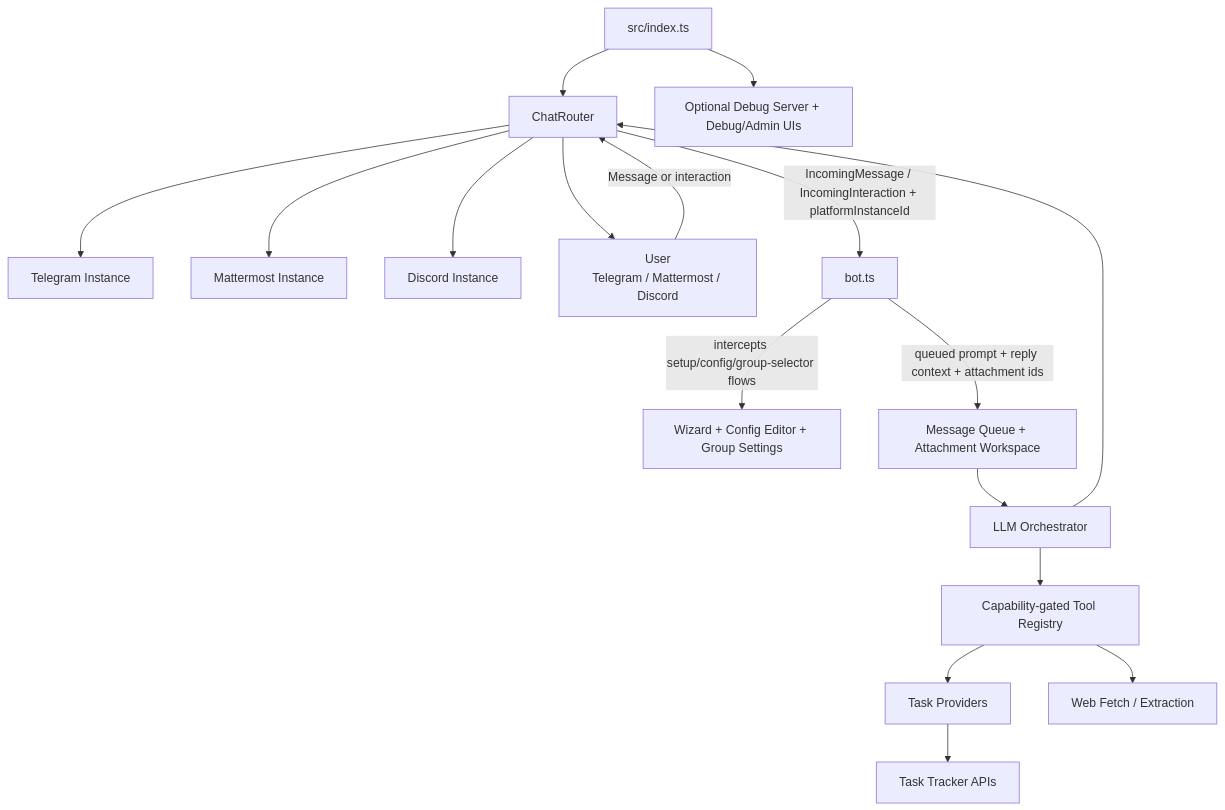
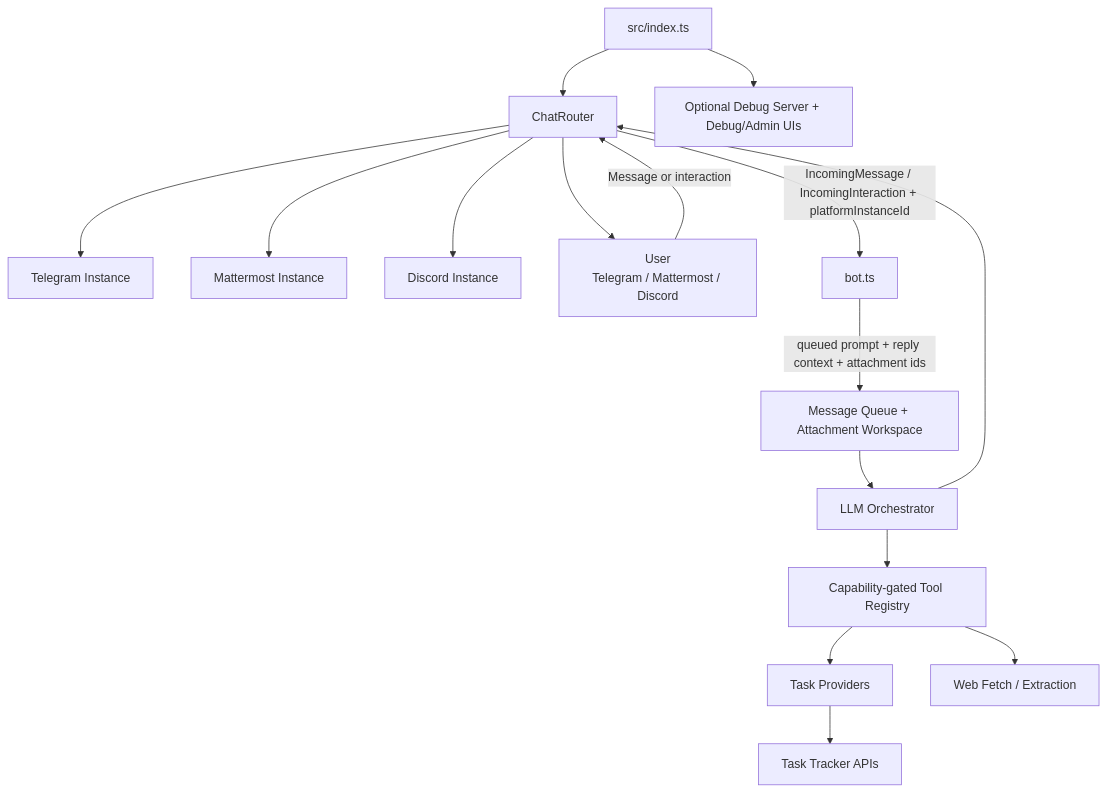
Before and after one commit to yourpapai/papai: the diagram in README.md, drawn with Mermaid. The commit also changed other lines of this file and 4 other files, not shown here.

````diff
--- a/README.md
+++ b/README.md
@@ -155,19 +154,18 @@
 ```mermaid
 flowchart TD
     Runtime[src/index.ts] --> Router[ChatRouter]
     Runtime --> Debug[Optional Debug Server + Debug/Admin UIs]
     Router --> CP1[Telegram Instance]
     Router --> CP2[Mattermost Instance]
     Router --> CP3[Discord Instance]
     User[User<br>Telegram / Mattermost / Discord] -->|Message or interaction| Router
     Router -->|IncomingMessage / IncomingInteraction + platformInstanceId| Bot[bot.ts]
-    Bot -->|intercepts setup/config/group-selector flows| Intercept[Wizard + Config Editor + Group Settings]
     Bot -->|queued prompt + reply context + attachment ids| Queue[Message Queue + Attachment Workspace]
     Queue --> LLM[LLM Orchestrator]
     LLM --> Tools[Capability-gated Tool Registry]
     Tools --> Providers[Task Providers]
     Providers --> APIs[Task Tracker APIs]
     Tools --> Web[Web Fetch / Extraction]
     LLM --> Router
     Router --> User
 ```
````
